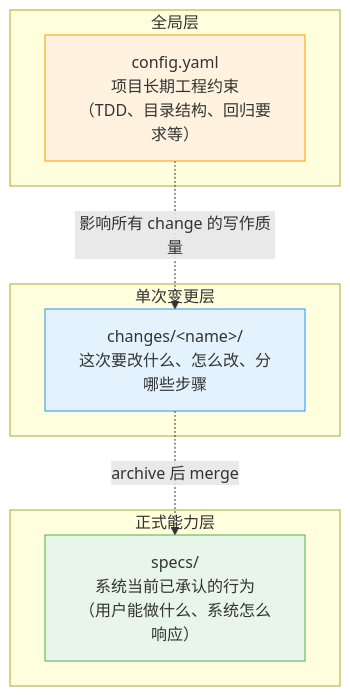
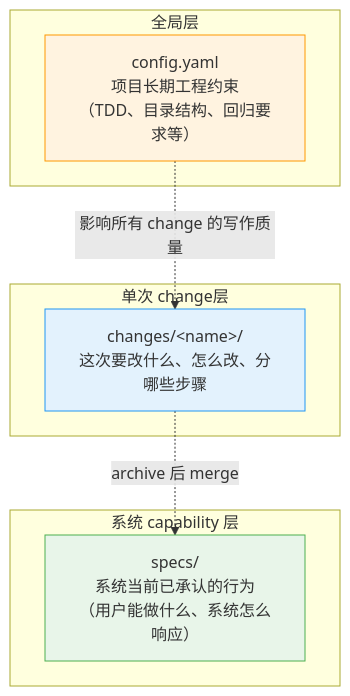
One commit to ethan-jiang-3/OpenSpec changed the first of 2 diagrams in _openspec_handbook/05-高级-项目级全局约束到底放哪.md. Above: the diagram before and after it, drawn with Mermaid. The commit also changed other lines of this file and 14 other files, not shown here.

````diff
--- a/_openspec_handbook/05-高级-项目级全局约束到底放哪.md
+++ b/_openspec_handbook/05-高级-项目级全局约束到底放哪.md
@@ -64,21 +64,21 @@
 ```mermaid
 graph TB
     subgraph 全局层
     A["config.yaml<br/>项目长期工程约束<br/>（TDD、目录结构、回归要求等）"]
     end
     
-    subgraph 正式能力层
+    subgraph 系统 capability 层
     B["specs/<br/>系统当前已承认的行为<br/>（用户能做什么、系统怎么响应）"]
     end
     
-    subgraph 单次变更层
+    subgraph 单次 change层
     C["changes/&lt;name&gt;/<br/>这次要改什么、怎么改、分哪些步骤"]
     end
     
     A -.影响所有 change 的写作质量.-> C
     C -.archive 后 merge.-> B
     
     style A fill:#fff3e0,stroke:#ff9800
     style B fill:#e8f5e9,stroke:#4caf50
     style C fill:#e3f2fd,stroke:#2196f3
 ```
````
